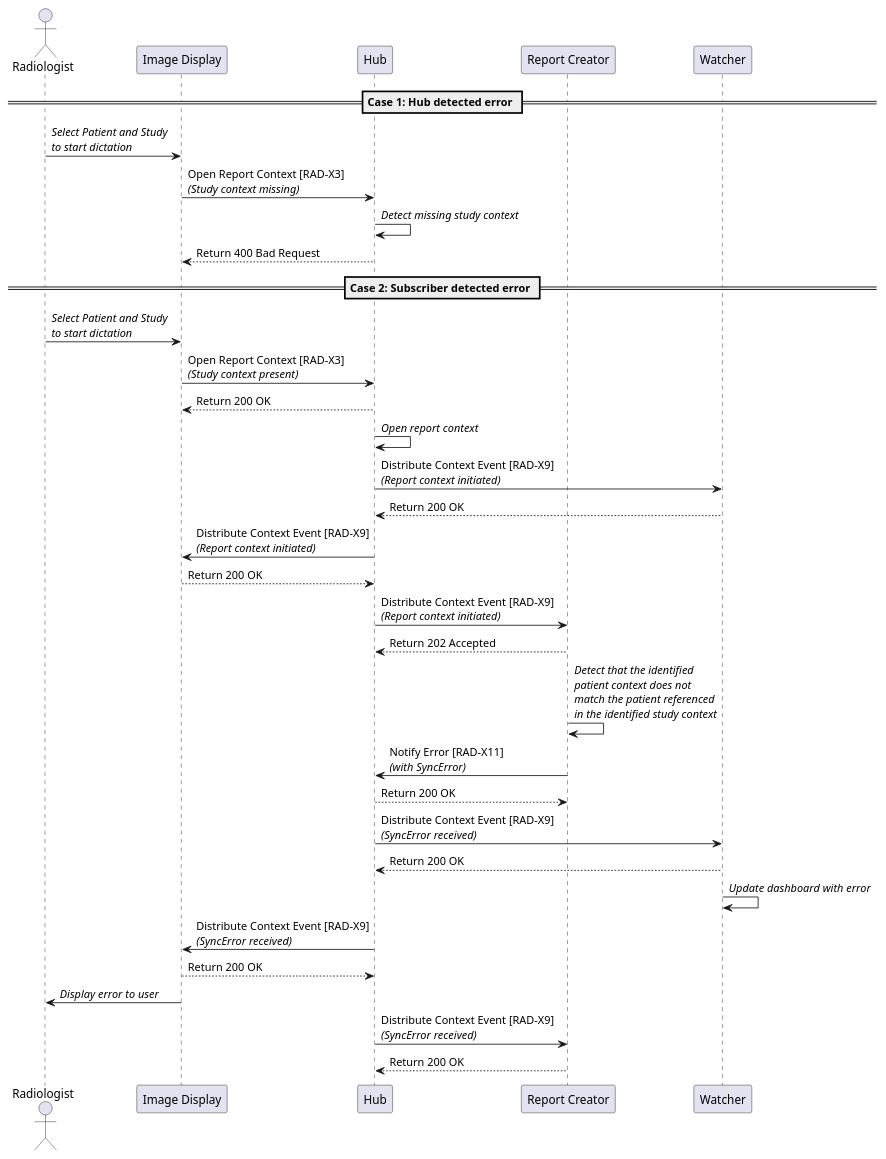
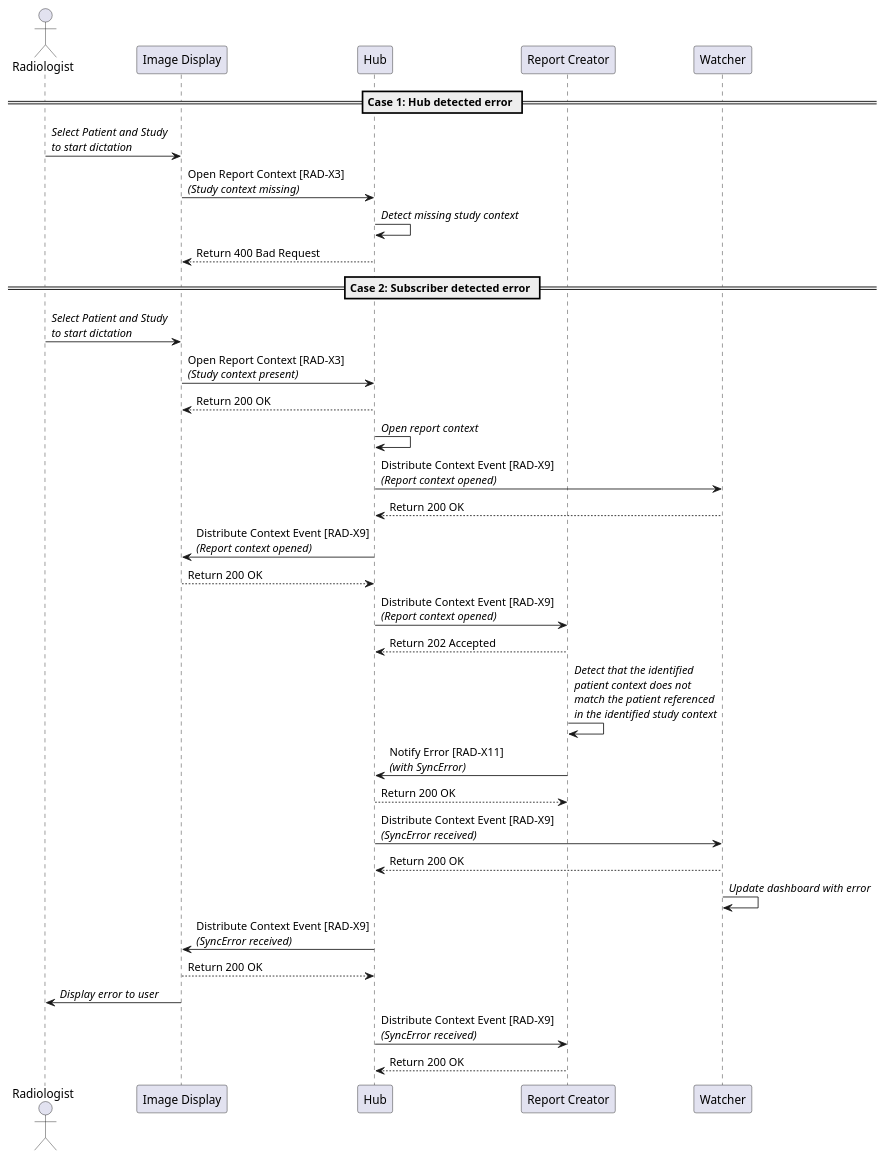
The diagram in input/images-source/syncerror_use_case.plantuml (IHE/RAD.IRA), drawn with PlantUML before and after one commit. The commit also changed 11 other files, not shown here.

Commit message:
Change 'initiate' and 'terminate' of report context to 'open' and 'close'.

```diff
--- a/input/images-source/syncerror_use_case.plantuml
+++ b/input/images-source/syncerror_use_case.plantuml
@@ -1,40 +1,40 @@
 @startuml
 
 actor Radiologist as User
 participant "Image Display" as PACS
 participant "Hub" as Hub
 participant "Report Creator" as Report
 participant "Watcher" as Watcher
 
 == Case 1: Hub detected error ==
 
 User->PACS: //Select Patient and Study//\n//to start dictation//
 PACS->Hub: Open Report Context [RAD-X3]\n//(Study context missing)//
 Hub->Hub: //Detect missing study context//
 Hub-->PACS: Return 400 Bad Request
 
 == Case 2: Subscriber detected error ==
 
 User->PACS: //Select Patient and Study//\n//to start dictation//
 PACS->Hub: Open Report Context [RAD-X3]\n//(Study context present)//
 Hub-->PACS: Return 200 OK
 Hub->Hub: //Open report context//
-Hub->Watcher: Distribute Context Event [RAD-X9]\n//(Report context initiated)//
+Hub->Watcher: Distribute Context Event [RAD-X9]\n//(Report context opened)//
 Watcher-->Hub: Return 200 OK
-Hub->PACS: Distribute Context Event [RAD-X9]\n//(Report context initiated)//
+Hub->PACS: Distribute Context Event [RAD-X9]\n//(Report context opened)//
 PACS-->Hub: Return 200 OK
-Hub->Report: Distribute Context Event [RAD-X9]\n//(Report context initiated)//
+Hub->Report: Distribute Context Event [RAD-X9]\n//(Report context opened)//
 Report-->Hub: Return 202 Accepted
 Report->Report: //Detect that the identified//\n//patient context does not//\n//match the patient referenced//\n//in the identified study context//
 Report->Hub: Notify Error [RAD-X11]\n//(with SyncError)//
 Hub-->Report: Return 200 OK
 Hub->Watcher: Distribute Context Event [RAD-X9]\n//(SyncError received)//
 Watcher-->Hub: Return 200 OK
 Watcher->Watcher: //Update dashboard with error//
 Hub->PACS: Distribute Context Event [RAD-X9]\n//(SyncError received)//
 PACS-->Hub: Return 200 OK
 PACS->User: //Display error to user//
 Hub->Report: Distribute Context Event [RAD-X9]\n//(SyncError received)//
 Report-->Hub: Return 200 OK
 
 @enduml
```
